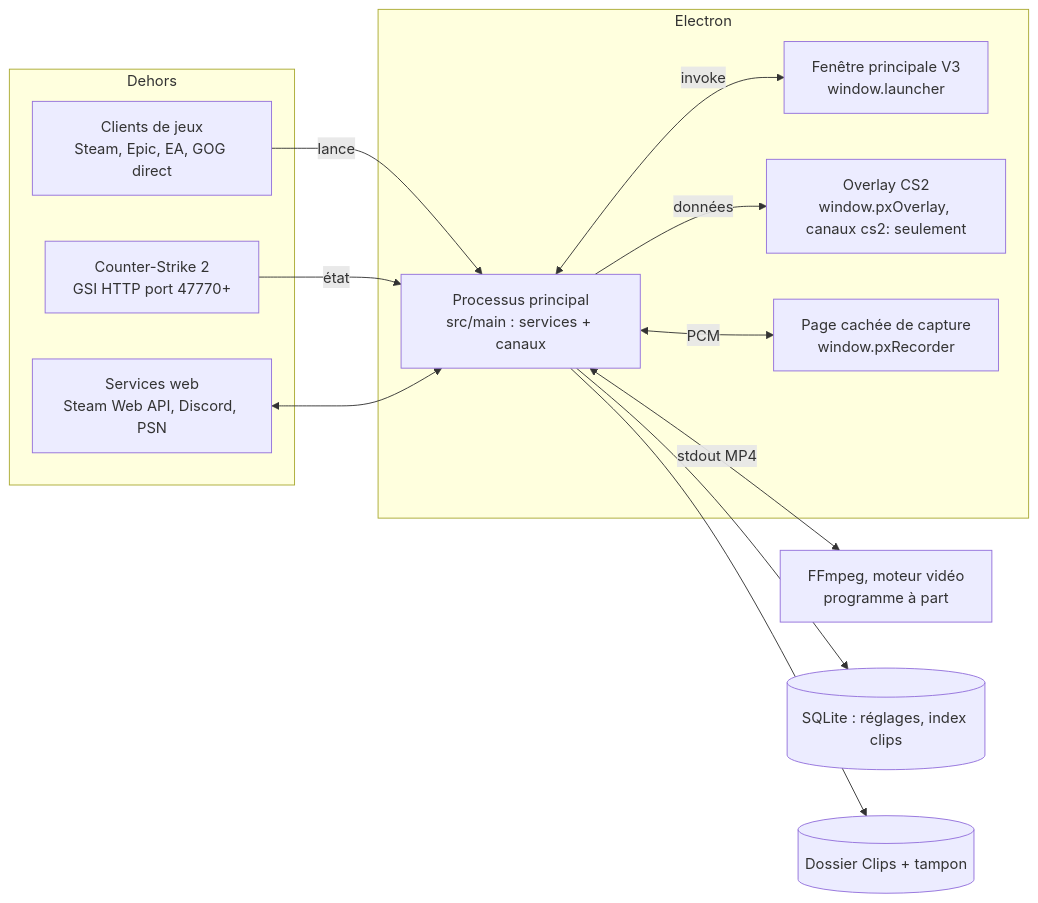
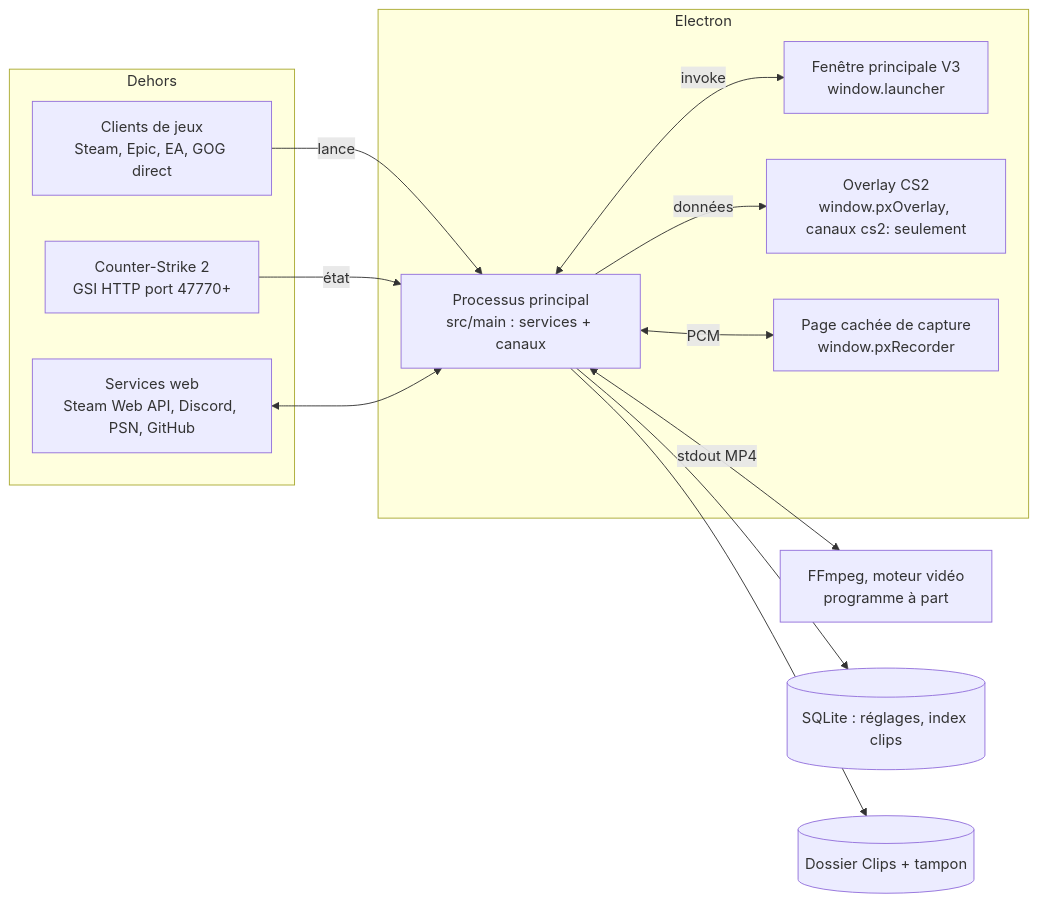
One commit to Moon-ItachiDEV/Player-X-luncher changed the first of 3 diagrams in docs/ARCHITECTURE.md. Above: the diagram before and after it, drawn with Mermaid. The commit also changed other lines of this file and 130 other files, not shown here.

````diff
--- a/docs/ARCHITECTURE.md
+++ b/docs/ARCHITECTURE.md
@@ -23,26 +22,26 @@
 ```mermaid
 flowchart LR
   subgraph Dehors
     CL[Clients de jeux<br/>Steam, Epic, EA, GOG direct]
     CS[Counter-Strike 2<br/>GSI HTTP port 47770+]
-    WEB[Services web<br/>Steam Web API, Discord, PSN]
+    WEB[Services web<br/>Steam Web API, Discord, PSN, GitHub]
   end
   subgraph Electron
     MAIN[Processus principal<br/>src/main : services + canaux]
     WIN[Fenêtre principale V3<br/>window.launcher]
     OVL[Overlay CS2<br/>window.pxOverlay, canaux cs2: seulement]
     REC[Page cachée de capture<br/>window.pxRecorder]
   end
   FF[FFmpeg, moteur vidéo<br/>programme à part]
   DB[(SQLite : réglages, index clips)]
   FS[(Dossier Clips + tampon)]
   CL -->|lance| MAIN
   CS -->|état| MAIN
   WEB <--> MAIN
   MAIN <-->|invoke| WIN
   MAIN -->|données| OVL
   MAIN <-->|PCM| REC
   MAIN <-->|stdout MP4| FF
   MAIN --> DB
   MAIN --> FS
 ```
````
